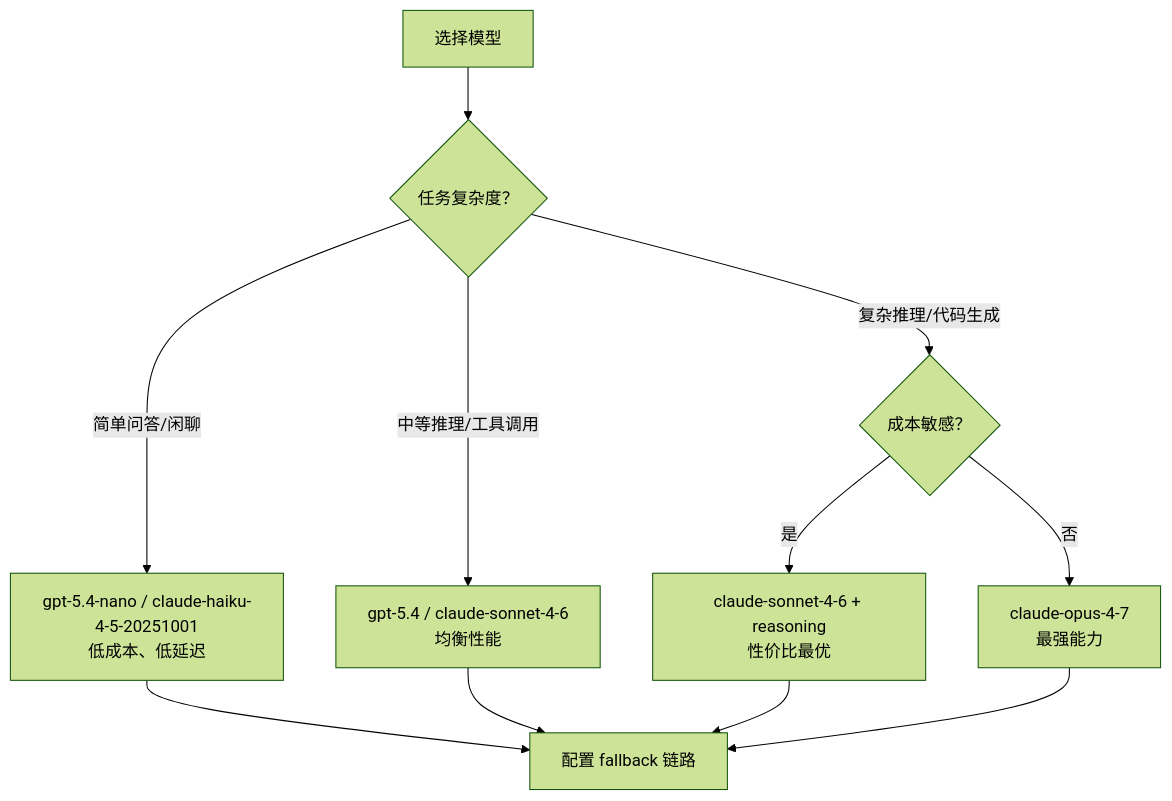
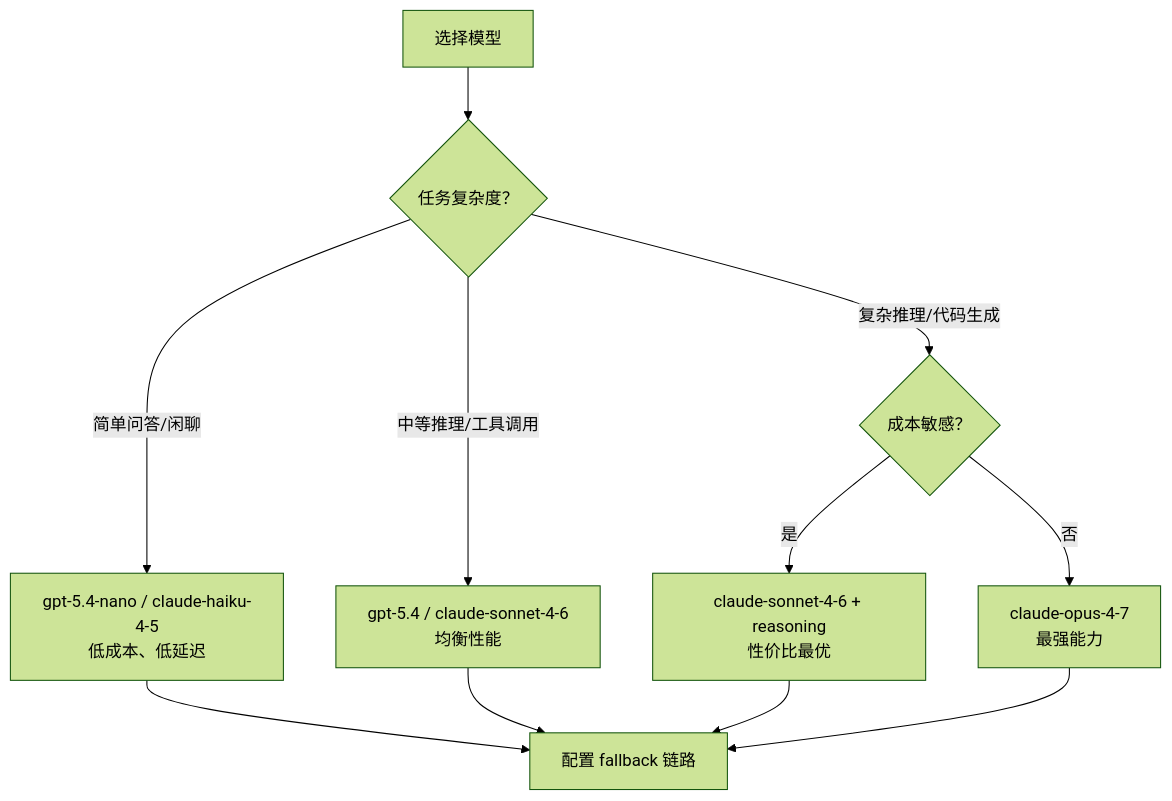
One commit to yeasy/openclaw_guide changed the diagram in 04_config_models/4.3_model_selection.md. Above: the diagram before and after it, drawn with Mermaid (forest theme). The commit also changed other lines of this file and 41 other files, not shown here.

````diff
--- a/04_config_models/4.3_model_selection.md
+++ b/04_config_models/4.3_model_selection.md
@@ -30,13 +30,13 @@
 ```mermaid
 flowchart TD
     Start["选择模型"] --> Q1{"任务复杂度？"}
-    Q1 -->|"简单问答/闲聊"| M1["gpt-5.4-nano / claude-haiku-4-5-20251001<br/>低成本、低延迟"]
+    Q1 -->|"简单问答/闲聊"| M1["gpt-5.4-nano / claude-haiku-4-5<br/>低成本、低延迟"]
     Q1 -->|"中等推理/工具调用"| M2["gpt-5.4 / claude-sonnet-4-6<br/>均衡性能"]
     Q1 -->|"复杂推理/代码生成"| Q2{"成本敏感？"}
     Q2 -->|"是"| M3["claude-sonnet-4-6 + reasoning<br/>性价比最优"]
     Q2 -->|"否"| M4["claude-opus-4-7<br/>最强能力"]
     M1 --> FB["配置 fallback 链路"]
     M2 --> FB
     M3 --> FB
     M4 --> FB
 ```
````
